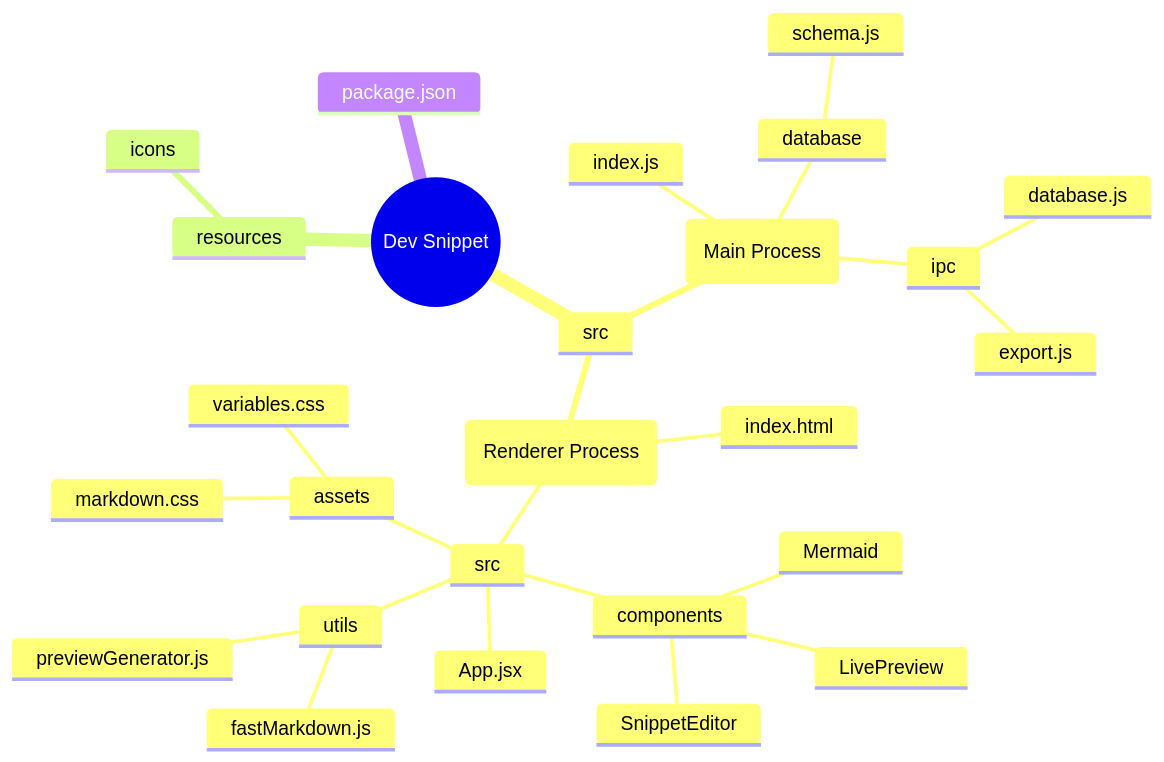
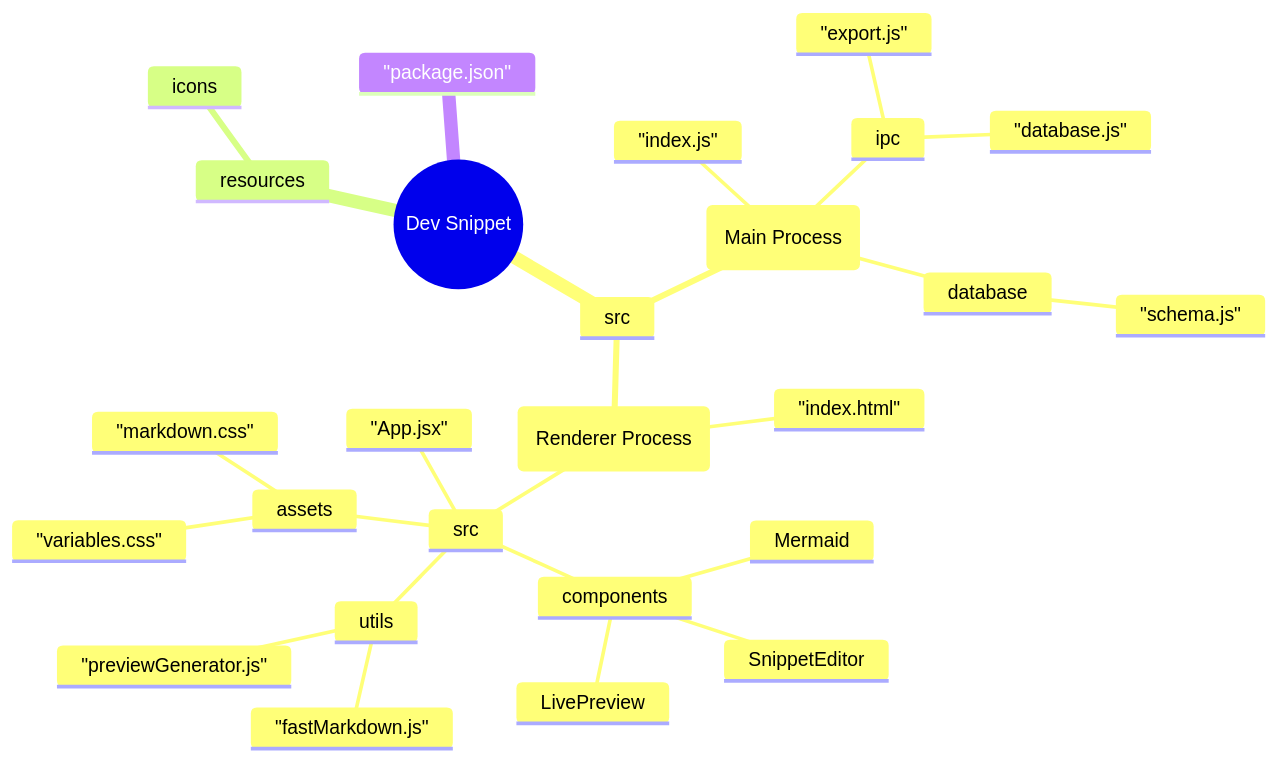
One commit to Saboor-Hamedi/dev-snippet changed the fourth of 4 diagrams in notes/GUIDE.md. Above: the diagram before and after it, drawn with Mermaid. The commit also changed other lines of this file and 40 other files, not shown here.

Commit message:
I have added 2 modes flow mode and zen mode, both are workign seemlesly perfect.

````diff
--- a/notes/GUIDE.md
+++ b/notes/GUIDE.md
@@ -209,29 +221,29 @@
 ```mermaid
 mindmap
   root((Dev Snippet))
     src
       main(Main Process)
-        index.js
+        "index.js"
         database
-          schema.js
+          "schema.js"
         ipc
-          export.js
-          database.js
+          "export.js"
+          "database.js"
       renderer(Renderer Process)
-        index.html
+        "index.html"
         src
-          App.jsx
+          "App.jsx"
           components
             LivePreview
             SnippetEditor
             Mermaid
           utils
-            fastMarkdown.js
-            previewGenerator.js
+            "fastMarkdown.js"
+            "previewGenerator.js"
           assets
-            markdown.css
-            variables.css
+            "markdown.css"
+            "variables.css"
     resources
       icons
-    package.json
+    "package.json"
 ```
````
